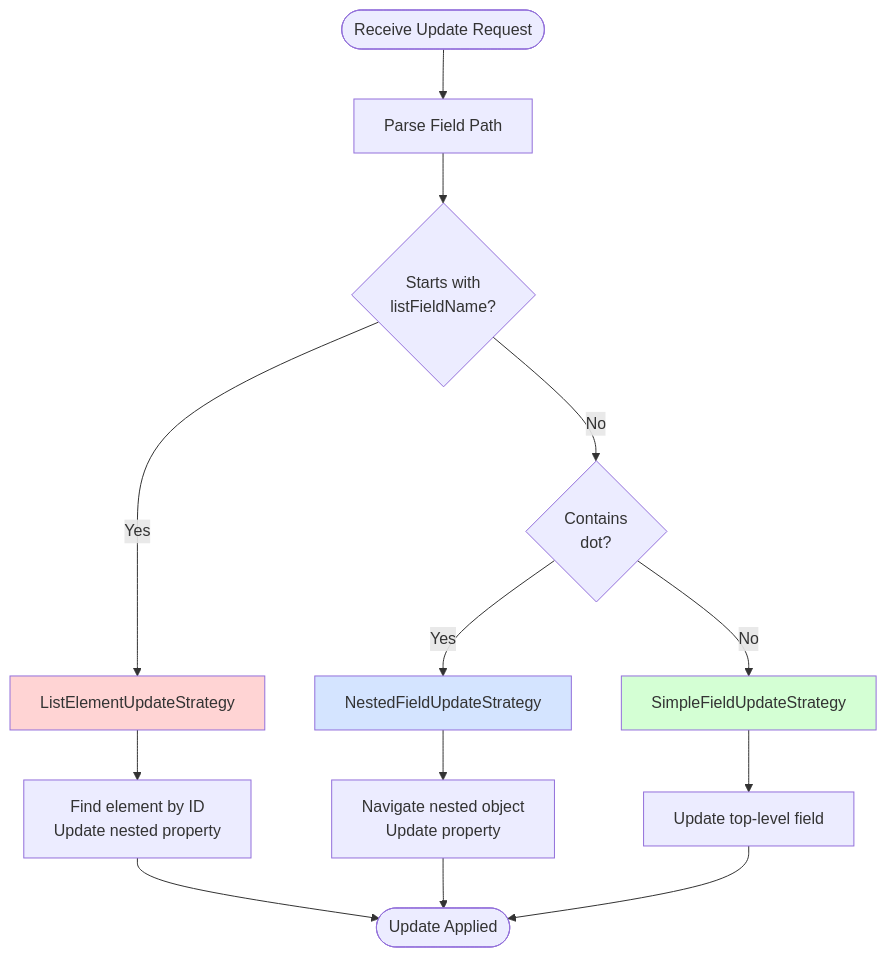
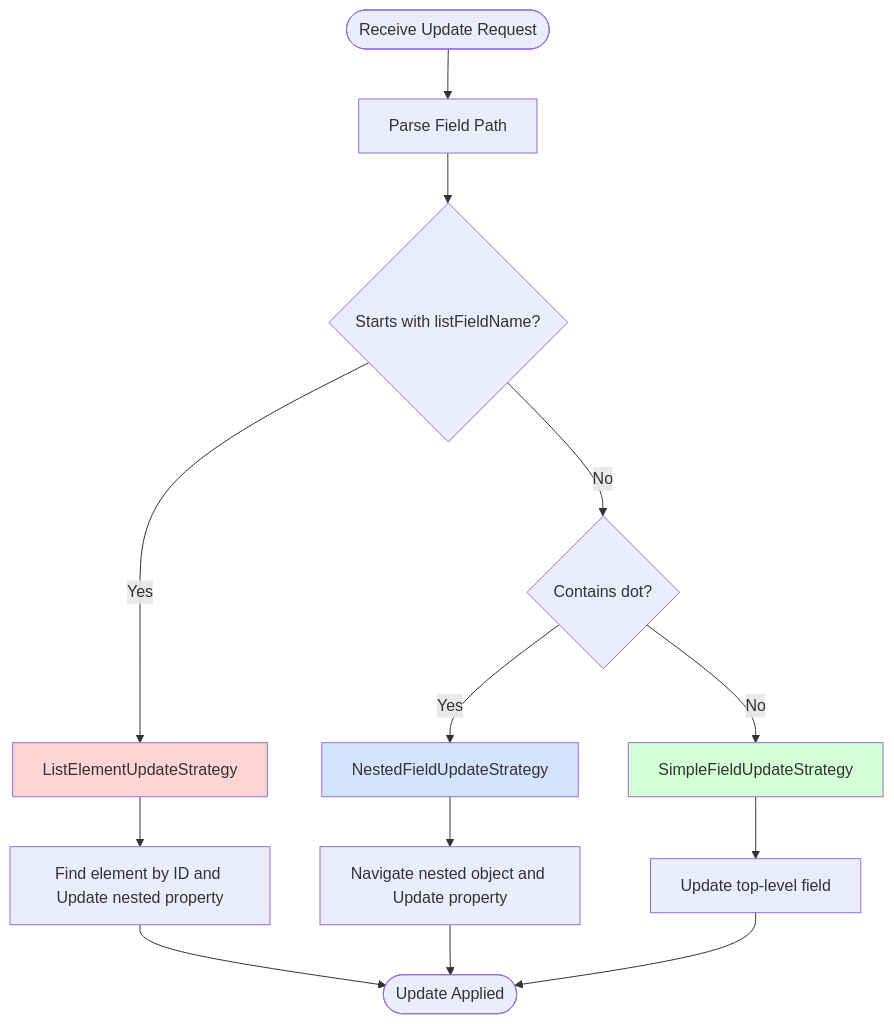
The sixth of 7 diagrams in README.md (kirankumarhm/mongoldb-3-level-update-and-crud), drawn with Mermaid before and after one commit. The commit also changed other lines of this file, not shown here.

First line of the commit message:
Refactor Mermaid diagrams in README.md

````diff
--- a/README.md
+++ b/README.md
@@ -223,23 +223,23 @@
 ```mermaid
 flowchart TD
     Start([Receive Update Request]) --> Parse[Parse Field Path]
-    Parse --> CheckList{Starts with<br/>listFieldName?}
+    Parse --> CheckList{Starts with listFieldName?}
     
     CheckList -->|Yes| ListStrategy[ListElementUpdateStrategy]
-    CheckList -->|No| CheckNested{Contains<br/>dot?}
+    CheckList -->|No| CheckNested{Contains dot?}
     
     CheckNested -->|Yes| NestedStrategy[NestedFieldUpdateStrategy]
     CheckNested -->|No| SimpleStrategy[SimpleFieldUpdateStrategy]
     
-    ListStrategy --> ApplyList[Find element by ID<br/>Update nested property]
-    NestedStrategy --> ApplyNested[Navigate nested object<br/>Update property]
+    ListStrategy --> ApplyList[Find element by ID and Update nested property]
+    NestedStrategy --> ApplyNested[Navigate nested object and Update property]
     SimpleStrategy --> ApplySimple[Update top-level field]
     
     ApplyList --> Success([Update Applied])
     ApplyNested --> Success
     ApplySimple --> Success
     
     style ListStrategy fill:#ffd4d4
     style NestedStrategy fill:#d4e4ff
     style SimpleStrategy fill:#d4ffd4
 ```
````
